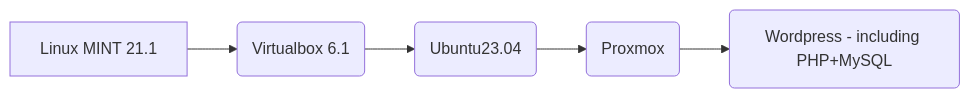
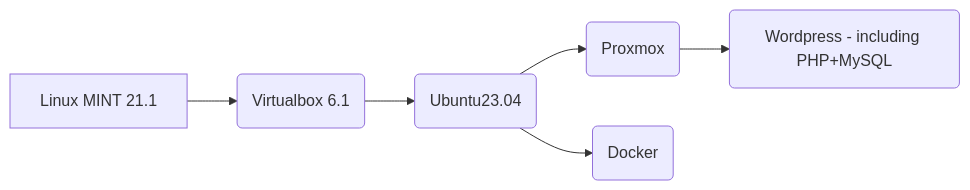
Before and after one commit to DanyAAD90/DevOps_junior_Wordpress: the diagram in Project.md, drawn with Mermaid.

````diff
--- a/Project.md
+++ b/Project.md
@@ -3,7 +3,8 @@
 ```mermaid
 graph LR
 A[Linux MINT 21.1] --> B(Virtualbox 6.1)
 B --> C(Ubuntu23.04)
 C --> D(Proxmox)
+C --> F(Docker)
 D --> E(Wordpress - including PHP+MySQL)
 ```
````
